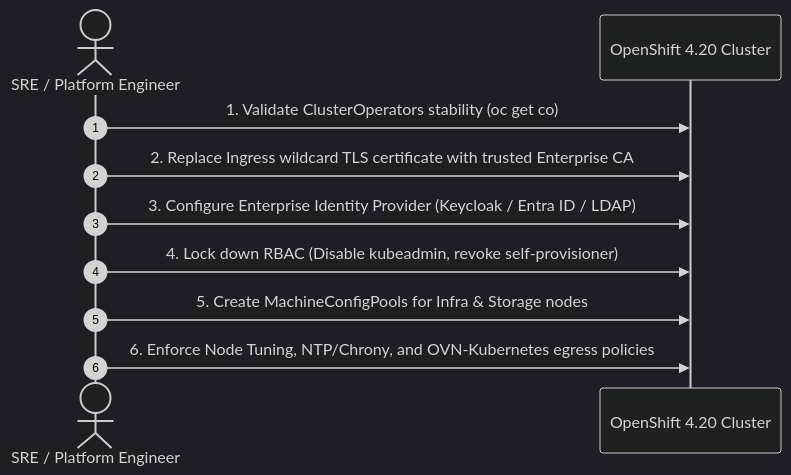
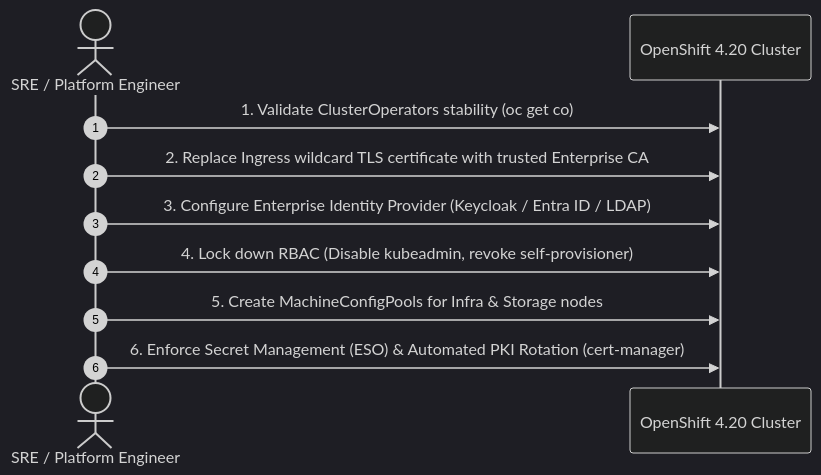
The diagram in docs/06-day1-baselining/README.md (nubenetes/openshift-4-20-installation-day0-day2), drawn with Mermaid (dark theme) before and after one commit. The commit also changed other lines of this file and 20 other files, not shown here.

Commit message:
feat(day2): add GitOps App-of-Apps, OpenShift Virt, RHOAI, automated DR drill, and cert rotation

````diff
--- a/docs/06-day1-baselining/README.md
+++ b/docs/06-day1-baselining/README.md
@@ -9,13 +9,13 @@
 ```mermaid
 sequenceDiagram
     autonumber
     actor Admin as SRE / Platform Engineer
     participant Cluster as OpenShift 4.20 Cluster
 
     Admin->>Cluster: 1. Validate ClusterOperators stability (oc get co)
     Admin->>Cluster: 2. Replace Ingress wildcard TLS certificate with trusted Enterprise CA
     Admin->>Cluster: 3. Configure Enterprise Identity Provider (Keycloak / Entra ID / LDAP)
     Admin->>Cluster: 4. Lock down RBAC (Disable kubeadmin, revoke self-provisioner)
     Admin->>Cluster: 5. Create MachineConfigPools for Infra & Storage nodes
-    Admin->>Cluster: 6. Enforce Node Tuning, NTP/Chrony, and OVN-Kubernetes egress policies
+    Admin->>Cluster: 6. Enforce Secret Management (ESO) & Automated PKI Rotation (cert-manager)
 ```
````
